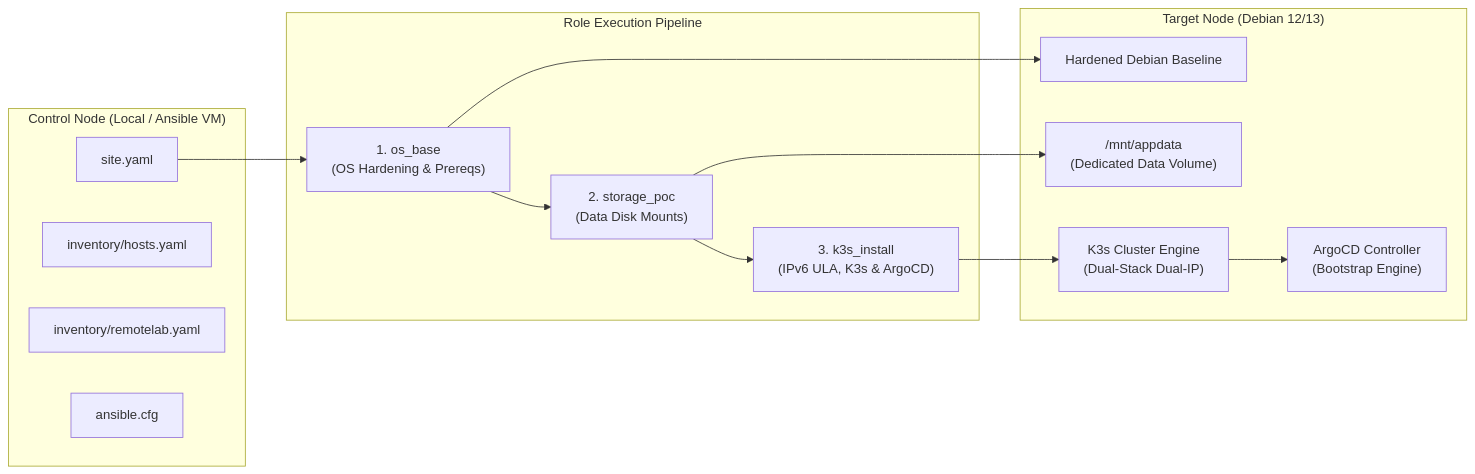
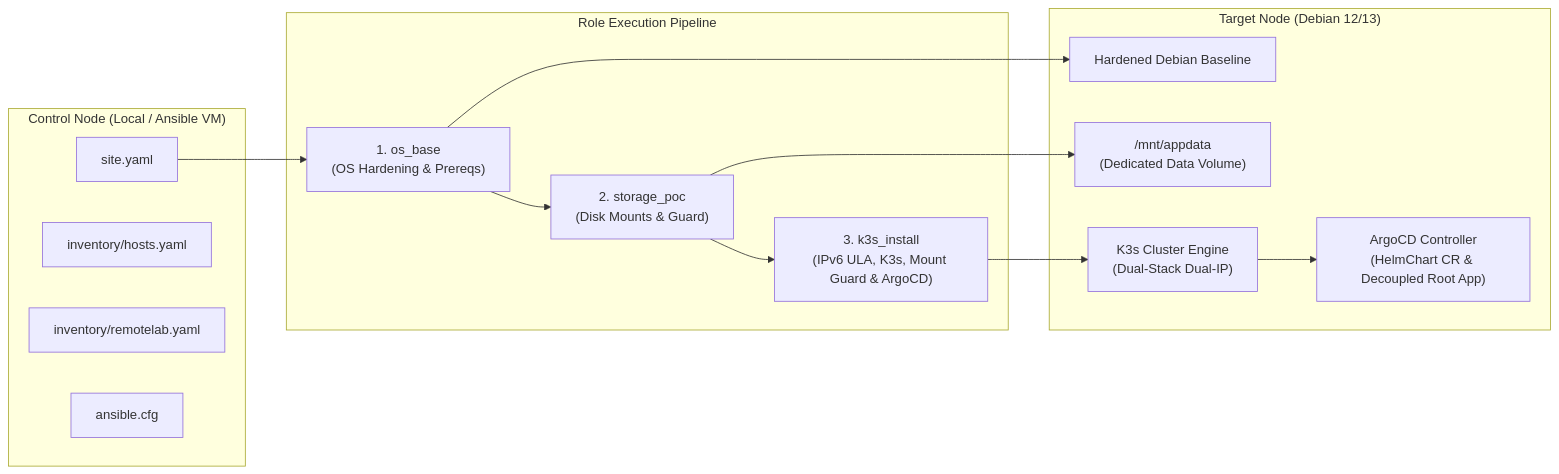
The diagram in docs/ansible.md (atrisko/k3s-homelab-migration), drawn with Mermaid before and after one commit. The commit also changed other lines of this file, not shown here.

````diff
--- a/docs/ansible.md
+++ b/docs/ansible.md
@@ -11,28 +11,28 @@
 ```mermaid
 flowchart LR
     subgraph ControlNode ["Control Node (Local / Ansible VM)"]
         Site["site.yaml"]
         InvAWS["inventory/hosts.yaml"]
         InvLab["inventory/remotelab.yaml"]
         Cfg["ansible.cfg"]
     end
 
     subgraph Pipeline ["Role Execution Pipeline"]
         R1["1. os_base<br/>(OS Hardening & Prereqs)"]
-        R2["2. storage_poc<br/>(Data Disk Mounts)"]
-        R3["3. k3s_install<br/>(IPv6 ULA, K3s & ArgoCD)"]
+        R2["2. storage_poc<br/>(Disk Mounts & Guard)"]
+        R3["3. k3s_install<br/>(IPv6 ULA, K3s, Mount Guard & ArgoCD)"]
     end
 
     subgraph TargetNode ["Target Node (Debian 12/13)"]
         Base["Hardened Debian Baseline"]
         DataVol["/mnt/appdata<br/>(Dedicated Data Volume)"]
         K3s["K3s Cluster Engine<br/>(Dual-Stack Dual-IP)"]
-        Argo["ArgoCD Controller<br/>(Bootstrap Engine)"]
+        Argo["ArgoCD Controller<br/>(HelmChart CR & Decoupled Root App)"]
     end
 
     Site --> R1 --> R2 --> R3
     R1 --> Base
     R2 --> DataVol
     R3 --> K3s
     K3s --> Argo
 ```
````
